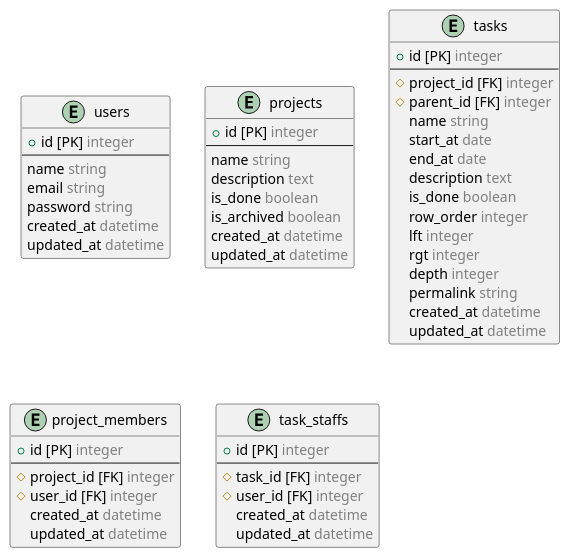
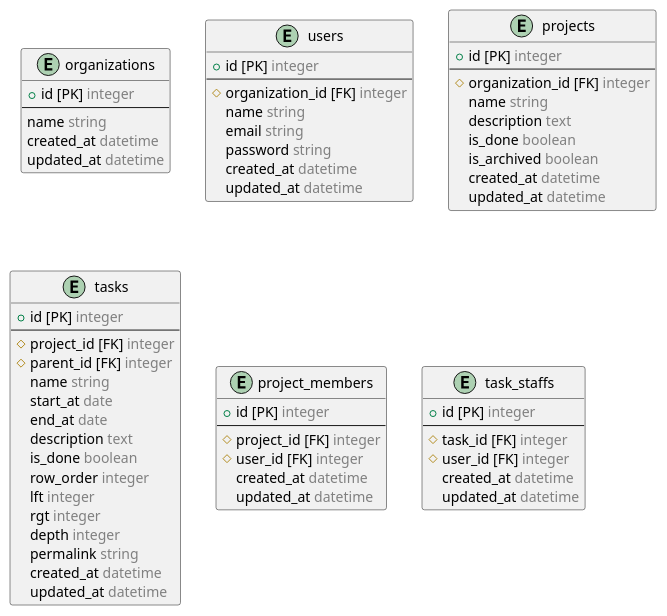
The diagram in docs/erd/src/entity.pu (musashi-634/taskwith), drawn with PlantUML before and after one commit. The commit also changed 2 other files, not shown here.

Commit message:
docs: #52 ER図に組織を追加する

```diff
--- a/docs/erd/src/entity.pu
+++ b/docs/erd/src/entity.pu
@@ -1,61 +1,71 @@
 @startuml erd
+
+  entity "organizations" {
+    + id [PK] <color:gray>integer</color>
+    --
+    name <color:gray>string</color>
+    created_at <color:gray>datetime</color>
+    updated_at <color:gray>datetime</color>
+  }
 
   entity "users" {
     + id [PK] <color:gray>integer</color>
     --
+    # organization_id [FK] <color:gray>integer</color>
     name <color:gray>string</color>
     email <color:gray>string</color>
     password <color:gray>string</color>
     created_at <color:gray>datetime</color>
     updated_at <color:gray>datetime</color>
   }
 
   entity "projects" {
     + id [PK] <color:gray>integer</color>
     --
+    # organization_id [FK] <color:gray>integer</color>
     name <color:gray>string</color>
     description <color:gray>text</color>
     is_done <color:gray>boolean</color>
     is_archived <color:gray>boolean</color>
     created_at <color:gray>datetime</color>
     updated_at <color:gray>datetime</color>
   }
 
   entity "tasks" {
     + id [PK] <color:gray>integer</color>
     --
     # project_id [FK] <color:gray>integer</color>
     # parent_id [FK] <color:gray>integer</color>
     name <color:gray>string</color>
     start_at <color:gray>date</color>
     end_at <color:gray>date</color>
     description <color:gray>text</color>
     is_done <color:gray>boolean</color>
     row_order <color:gray>integer</color>
     lft <color:gray>integer</color>
     rgt <color:gray>integer</color>
     depth <color:gray>integer</color>
     permalink <color:gray>string</color>
     created_at <color:gray>datetime</color>
     updated_at <color:gray>datetime</color>
   }
 
   entity "project_members" {
     + id [PK] <color:gray>integer</color>
     --
     # project_id [FK] <color:gray>integer</color>
     # user_id [FK] <color:gray>integer</color>
     created_at <color:gray>datetime</color>
     updated_at <color:gray>datetime</color>
   }
 
   entity "task_staffs" {
     + id [PK] <color:gray>integer</color>
     --
     # task_id [FK] <color:gray>integer</color>
     # user_id [FK] <color:gray>integer</color>
     created_at <color:gray>datetime</color>
     updated_at <color:gray>datetime</color>
   }
 
 @enduml
```
